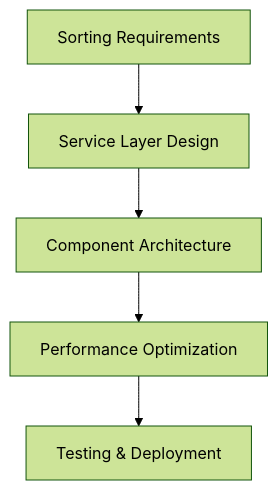
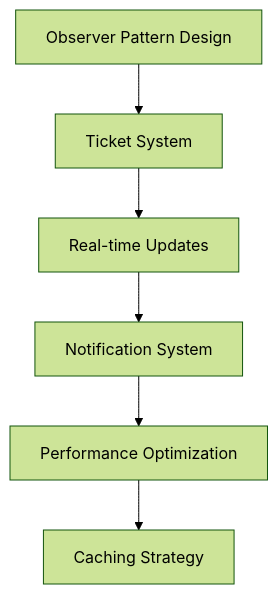
The sixth of 17 diagrams in README.md (Event-Management-Ticketing-System-EMTS/Event-Management-Ticketing-System), drawn with Mermaid (forest theme) before and after one commit. The commit also changed other lines of this file and 1 other file, not shown here.

Commit message:
Implement code changes to enhance functionality and improve performance

````diff
--- a/README.md
+++ b/README.md
@@ -72,7 +184,8 @@
 ```mermaid
 graph TD
-    A[Sorting Requirements] --> B[Service Layer Design]
-    B --> C[Component Architecture]
-    C --> D[Performance Optimization]
-    D --> E[Testing & Deployment]
+    A[Observer Pattern Design] --> B[Ticket System]
+    B --> C[Real-time Updates]
+    C --> D[Notification System]
+    D --> E[Performance Optimization]
+    E --> F[Caching Strategy]
 ```
````
